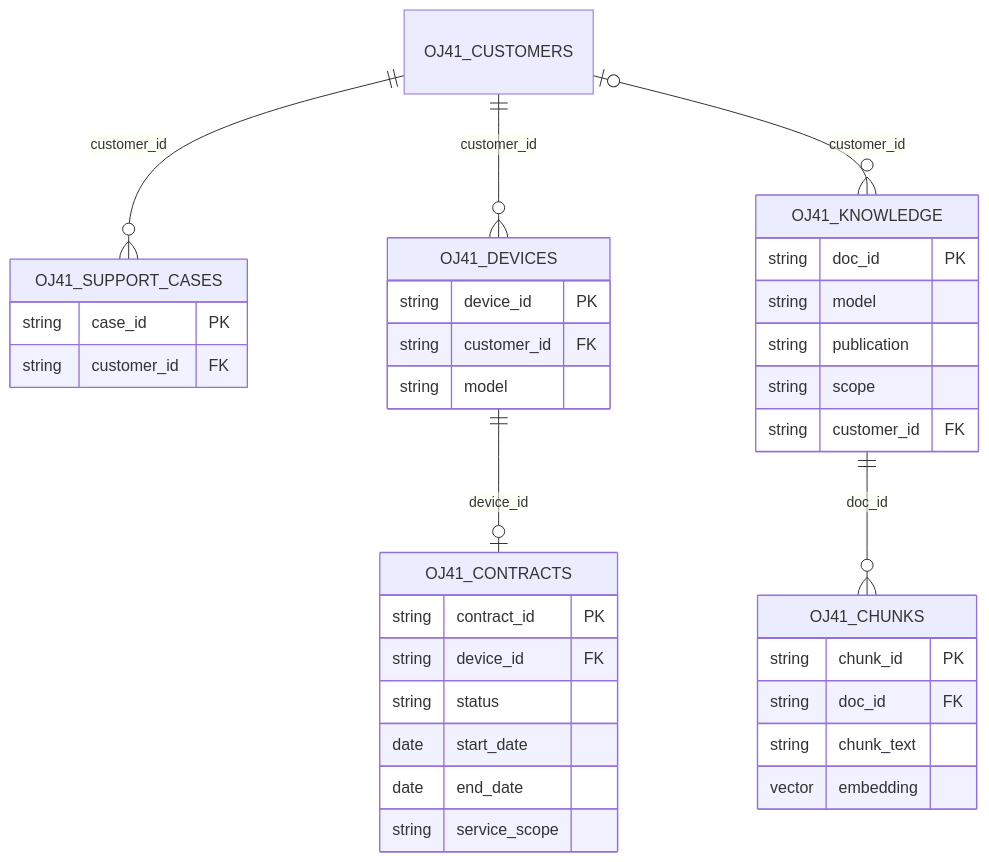
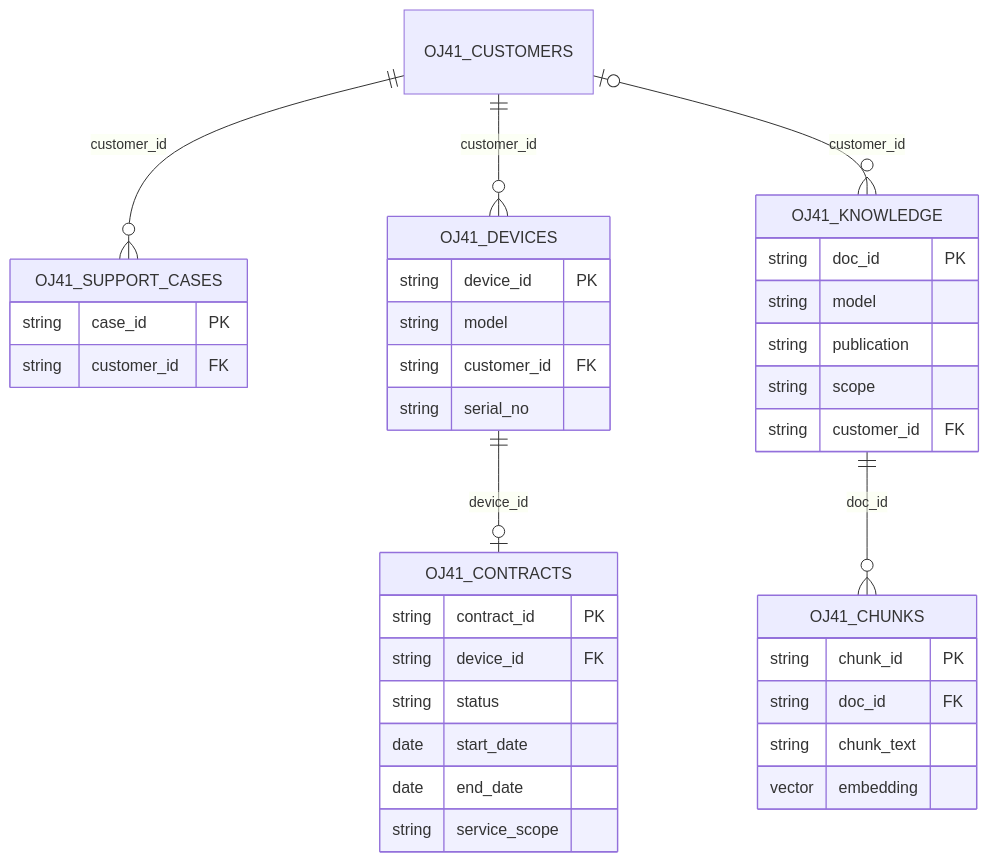
The second of 4 diagrams in article/qiita.md (kutsushitaneko/orajam41-in-database-ai-demo), drawn with Mermaid before and after one commit. The commit also changed other lines of this file and 2 other files, not shown here.

````diff
--- a/article/qiita.md
+++ b/article/qiita.md
@@ -342,38 +466,39 @@
 ```mermaid
 erDiagram
     OJ41_CUSTOMERS ||--o{ OJ41_SUPPORT_CASES : customer_id
     OJ41_CUSTOMERS ||--o{ OJ41_DEVICES : customer_id
     OJ41_DEVICES ||--o| OJ41_CONTRACTS : device_id
     OJ41_CUSTOMERS o|--o{ OJ41_KNOWLEDGE : customer_id
     OJ41_KNOWLEDGE ||--o{ OJ41_CHUNKS : doc_id
     OJ41_SUPPORT_CASES {
         string case_id PK
         string customer_id FK
     }
     OJ41_DEVICES {
         string device_id PK
+        string model
         string customer_id FK
-        string model
+        string serial_no
     }
     OJ41_CONTRACTS {
         string contract_id PK
         string device_id FK
         string status
         date start_date
         date end_date
         string service_scope
     }
     OJ41_KNOWLEDGE {
         string doc_id PK
         string model
         string publication
         string scope
         string customer_id FK
     }
     OJ41_CHUNKS {
         string chunk_id PK
         string doc_id FK
         string chunk_text
         vector embedding
     }
 ```
````
